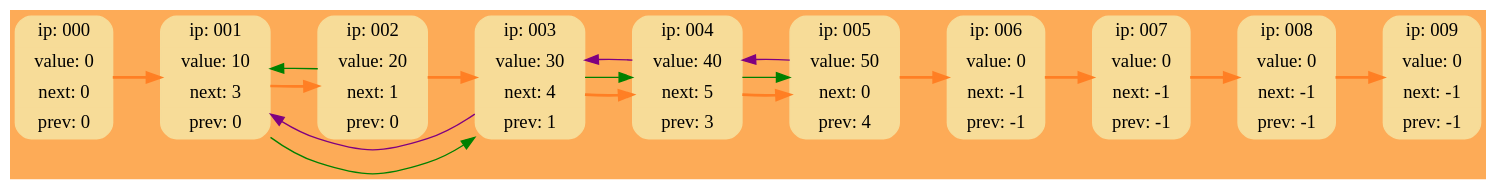
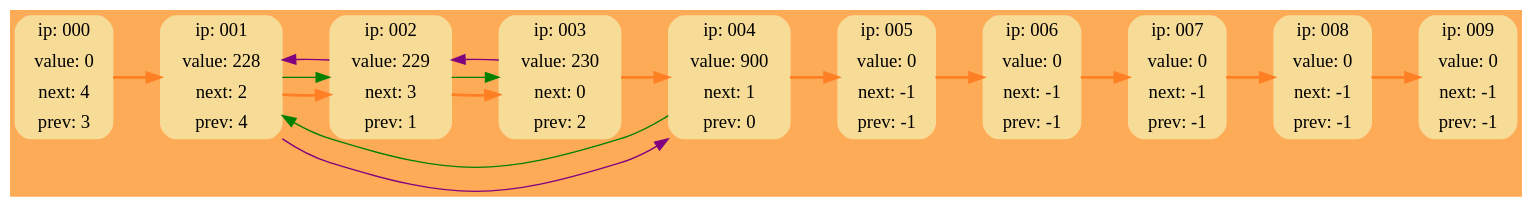
Before and after one commit to RTCupid/List: the diagram in DumpGraph.dot, drawn with Graphviz. The commit also changed 12 other files, not shown here.

```diff
--- a/DumpGraph.dot
+++ b/DumpGraph.dot
@@ -1,33 +1,32 @@
 digraph G {
 	rankdir = LR;
 	bgcolor="#FDAB57"
-	node000 [shape=Mrecord; style=filled; color="#F7DC98"; label = " { ip: 000} | {value:   0} | {next:   0} | {prev:   0} " ];
-	node001 [shape=Mrecord; style=filled; color="#F7DC98"; label = " { ip: 001} | {value:  10} | {next:   3} | {prev:   0} " ];
-	node002 [shape=Mrecord; style=filled; color="#F7DC98"; label = " { ip: 002} | {value:  20} | {next:   1} | {prev:   0} " ];
-	node003 [shape=Mrecord; style=filled; color="#F7DC98"; label = " { ip: 003} | {value:  30} | {next:   4} | {prev:   1} " ];
-	node004 [shape=Mrecord; style=filled; color="#F7DC98"; label = " { ip: 004} | {value:  40} | {next:   5} | {prev:   3} " ];
-	node005 [shape=Mrecord; style=filled; color="#F7DC98"; label = " { ip: 005} | {value:  50} | {next:   0} | {prev:   4} " ];
+	node000 [shape=Mrecord; style=filled; color="#F7DC98"; label = " { ip: 000} | {value:   0} | {next:   4} | {prev:   3} " ];
+	node001 [shape=Mrecord; style=filled; color="#F7DC98"; label = " { ip: 001} | {value: 228} | {next:   2} | {prev:   4} " ];
+	node002 [shape=Mrecord; style=filled; color="#F7DC98"; label = " { ip: 002} | {value: 229} | {next:   3} | {prev:   1} " ];
+	node003 [shape=Mrecord; style=filled; color="#F7DC98"; label = " { ip: 003} | {value: 230} | {next:   0} | {prev:   2} " ];
+	node004 [shape=Mrecord; style=filled; color="#F7DC98"; label = " { ip: 004} | {value: 900} | {next:   1} | {prev:   0} " ];
+	node005 [shape=Mrecord; style=filled; color="#F7DC98"; label = " { ip: 005} | {value:   0} | {next:  -1} | {prev:  -1} " ];
 	node006 [shape=Mrecord; style=filled; color="#F7DC98"; label = " { ip: 006} | {value:   0} | {next:  -1} | {prev:  -1} " ];
 	node007 [shape=Mrecord; style=filled; color="#F7DC98"; label = " { ip: 007} | {value:   0} | {next:  -1} | {prev:  -1} " ];
 	node008 [shape=Mrecord; style=filled; color="#F7DC98"; label = " { ip: 008} | {value:   0} | {next:  -1} | {prev:  -1} " ];
 	node009 [shape=Mrecord; style=filled; color="#F7DC98"; label = " { ip: 009} | {value:   0} | {next:  -1} | {prev:  -1} " ];
 
 	node000 -> node001 [style=bold; weight=1000; color=chocolate1; ];
 	node001 -> node002 [style=bold; weight=1000; color=chocolate1; ];
 	node002 -> node003 [style=bold; weight=1000; color=chocolate1; ];
 	node003 -> node004 [style=bold; weight=1000; color=chocolate1; ];
 	node004 -> node005 [style=bold; weight=1000; color=chocolate1; ];
 	node005 -> node006 [style=bold; weight=1000; color=chocolate1; ];
 	node006 -> node007 [style=bold; weight=1000; color=chocolate1; ];
 	node007 -> node008 [style=bold; weight=1000; color=chocolate1; ];
 	node008 -> node009 [style=bold; weight=1000; color=chocolate1; ];
 
-	node001 -> node003 [weight=0; color=green; ];
-	node002 -> node001 [weight=0; color=green; ];
-	node003 -> node004 [weight=0; color=green; ];
-	node004 -> node005 [weight=0; color=green; ];
+	node001 -> node002 [weight=0; color=green; ];
+	node002 -> node003 [weight=0; color=green; ];
+	node004 -> node001 [weight=0; color=green; ];
 
-	node005 -> node004 [weight=0; color=purple; constraint=false; ];
-	node004 -> node003 [weight=0; color=purple; constraint=false; ];
-	node003 -> node001 [weight=0; color=purple; constraint=false; ];
+	node003 -> node002 [weight=0; color=purple; constraint=false; ];
+	node002 -> node001 [weight=0; color=purple; constraint=false; ];
+	node001 -> node004 [weight=0; color=purple; constraint=false; ];
 }
```
